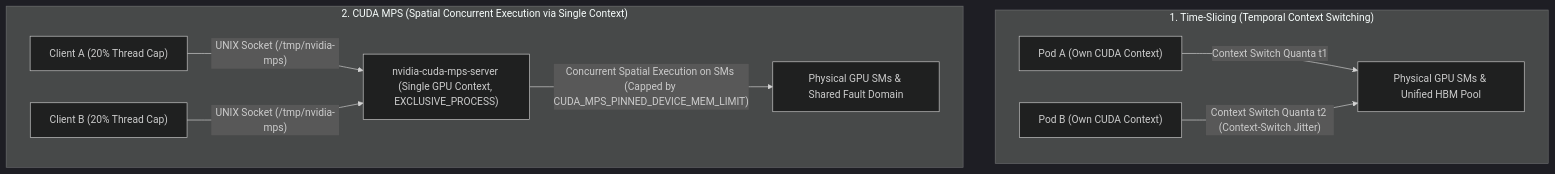
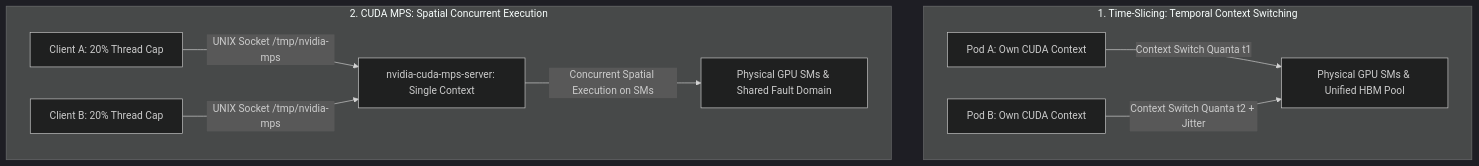
The diagram in docs/part-11-gpu-kubernetes/25-time-slicing-mps-and-oversubscription.md (jithinpnjm/ai-infra-handbook), drawn with Mermaid (dark theme) before and after one commit. The commit also changed other lines of this file and 503 other files, not shown here.

````diff
--- a/docs/part-11-gpu-kubernetes/25-time-slicing-mps-and-oversubscription.md
+++ b/docs/part-11-gpu-kubernetes/25-time-slicing-mps-and-oversubscription.md
@@ -68,12 +78,12 @@
 ```mermaid
 flowchart TD
-    subgraph TS["1. Time-Slicing (Temporal Context Switching)"]
-        P1["Pod A (Own CUDA Context)"] -->|"Context Switch Quanta t1"| GPU1["Physical GPU SMs & Unified HBM Pool"]
-        P2["Pod B (Own CUDA Context)"] -->|"Context Switch Quanta t2 (Context-Switch Jitter)"| GPU1
+    subgraph TS["1. Time-Slicing: Temporal Context Switching"]
+        P1["Pod A: Own CUDA Context"] -->|"Context Switch Quanta t1"| GPU1["Physical GPU SMs & Unified HBM Pool"]
+        P2["Pod B: Own CUDA Context"] -->|"Context Switch Quanta t2 + Jitter"| GPU1
     end
-    subgraph MPS["2. CUDA MPS (Spatial Concurrent Execution via Single Context)"]
-        C1["Client A (20% Thread Cap)"] -->|"UNIX Socket (/tmp/nvidia-mps)"| Srv["nvidia-cuda-mps-server (Single GPU Context, EXCLUSIVE_PROCESS)"]
-        C2["Client B (20% Thread Cap)"] -->|"UNIX Socket (/tmp/nvidia-mps)"| Srv
-        Srv -->|"Concurrent Spatial Execution on SMs (Capped by CUDA_MPS_PINNED_DEVICE_MEM_LIMIT)"| GPU2["Physical GPU SMs & Shared Fault Domain"]
+    subgraph MPS["2. CUDA MPS: Spatial Concurrent Execution"]
+        C1["Client A: 20% Thread Cap"] -->|"UNIX Socket /tmp/nvidia-mps"| Srv["nvidia-cuda-mps-server: Single Context"]
+        C2["Client B: 20% Thread Cap"] -->|"UNIX Socket /tmp/nvidia-mps"| Srv
+        Srv -->|"Concurrent Spatial Execution on SMs"| GPU2["Physical GPU SMs & Shared Fault Domain"]
     end
 ```
````
